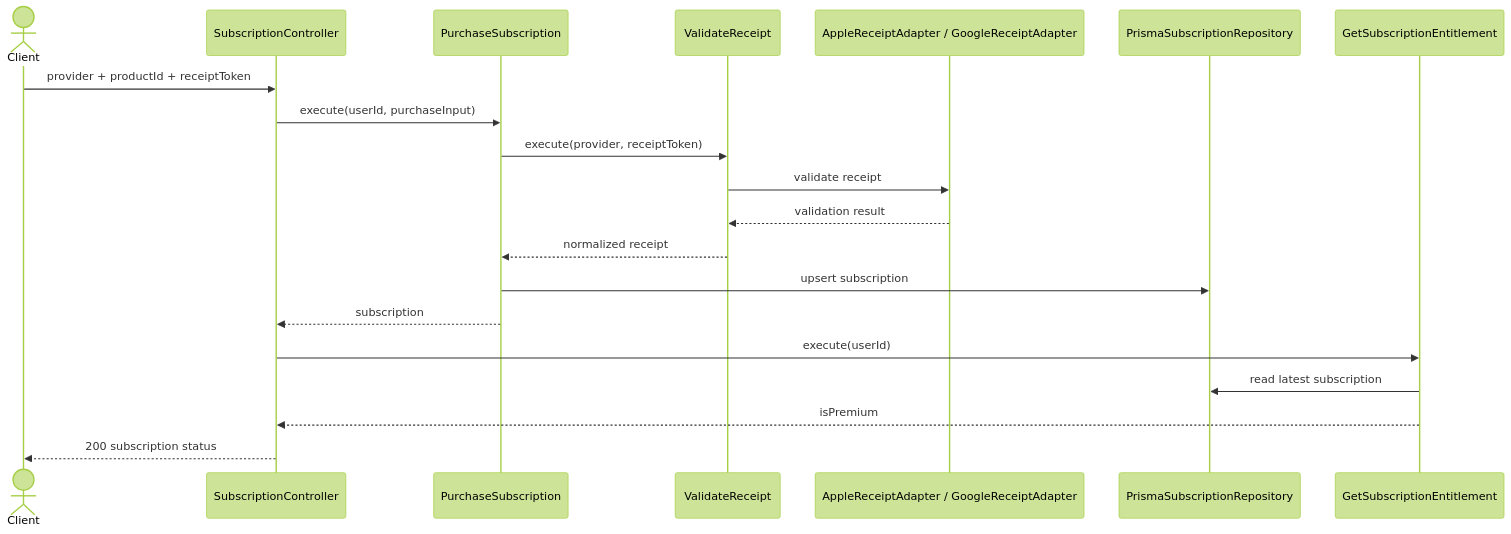
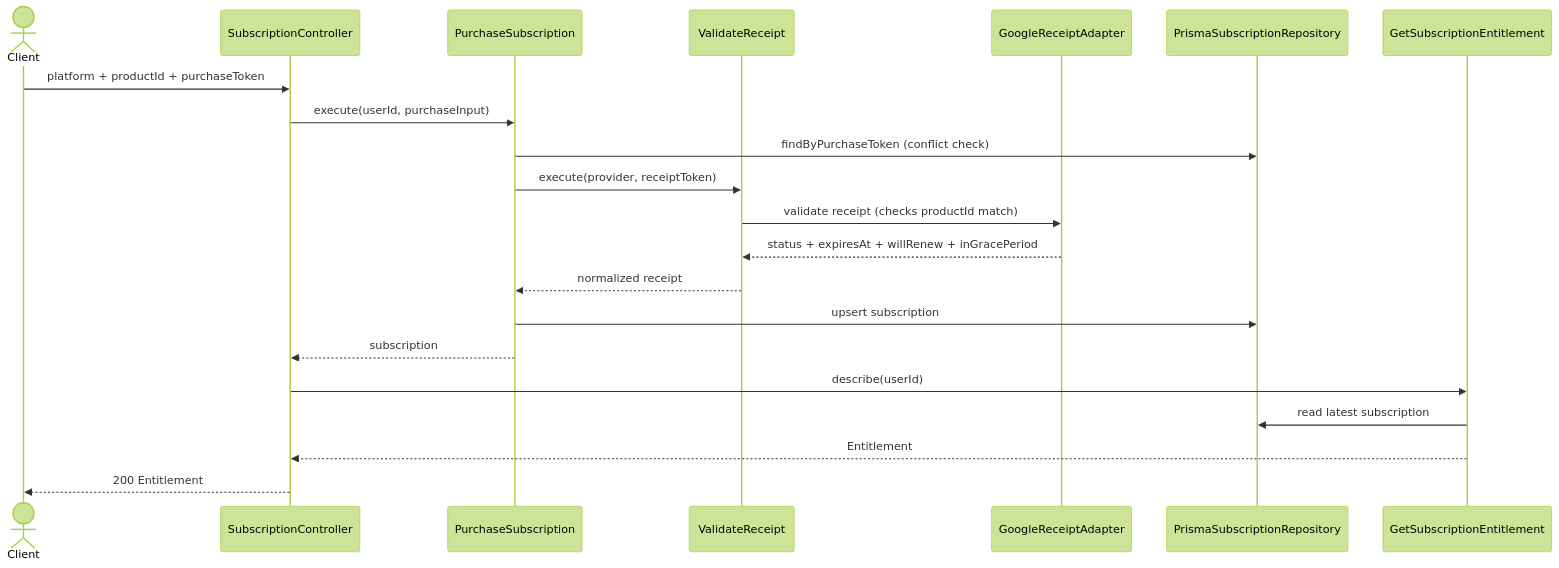
Before and after one commit to yusufhoglu/betterEatBetter-server: the first of 2 diagrams in src/modules/subscription/subscription-doc.md, drawn with Mermaid (forest theme). The commit also changed other lines of this file and 35 other files, not shown here.

First line of the commit message:
feat(subscription): verify Google Play purchases and handle RTDN webhooks

````diff
--- a/src/modules/subscription/subscription-doc.md
+++ b/src/modules/subscription/subscription-doc.md
@@ -23,23 +31,24 @@
 ```mermaid
 sequenceDiagram
     actor Client
     participant Controller as SubscriptionController
     participant Purchase as PurchaseSubscription
     participant Validate as ValidateReceipt
-    participant Billing as AppleReceiptAdapter / GoogleReceiptAdapter
+    participant Billing as GoogleReceiptAdapter
     participant Repo as PrismaSubscriptionRepository
     participant Entitlement as GetSubscriptionEntitlement
 
-    Client->>Controller: provider + productId + receiptToken
+    Client->>Controller: platform + productId + purchaseToken
     Controller->>Purchase: execute(userId, purchaseInput)
+    Purchase->>Repo: findByPurchaseToken (conflict check)
     Purchase->>Validate: execute(provider, receiptToken)
-    Validate->>Billing: validate receipt
-    Billing-->>Validate: validation result
+    Validate->>Billing: validate receipt (checks productId match)
+    Billing-->>Validate: status + expiresAt + willRenew + inGracePeriod
     Validate-->>Purchase: normalized receipt
     Purchase->>Repo: upsert subscription
     Purchase-->>Controller: subscription
-    Controller->>Entitlement: execute(userId)
+    Controller->>Entitlement: describe(userId)
     Entitlement->>Repo: read latest subscription
-    Entitlement-->>Controller: isPremium
-    Controller-->>Client: 200 subscription status
+    Entitlement-->>Controller: Entitlement
+    Controller-->>Client: 200 Entitlement
 ```
````
